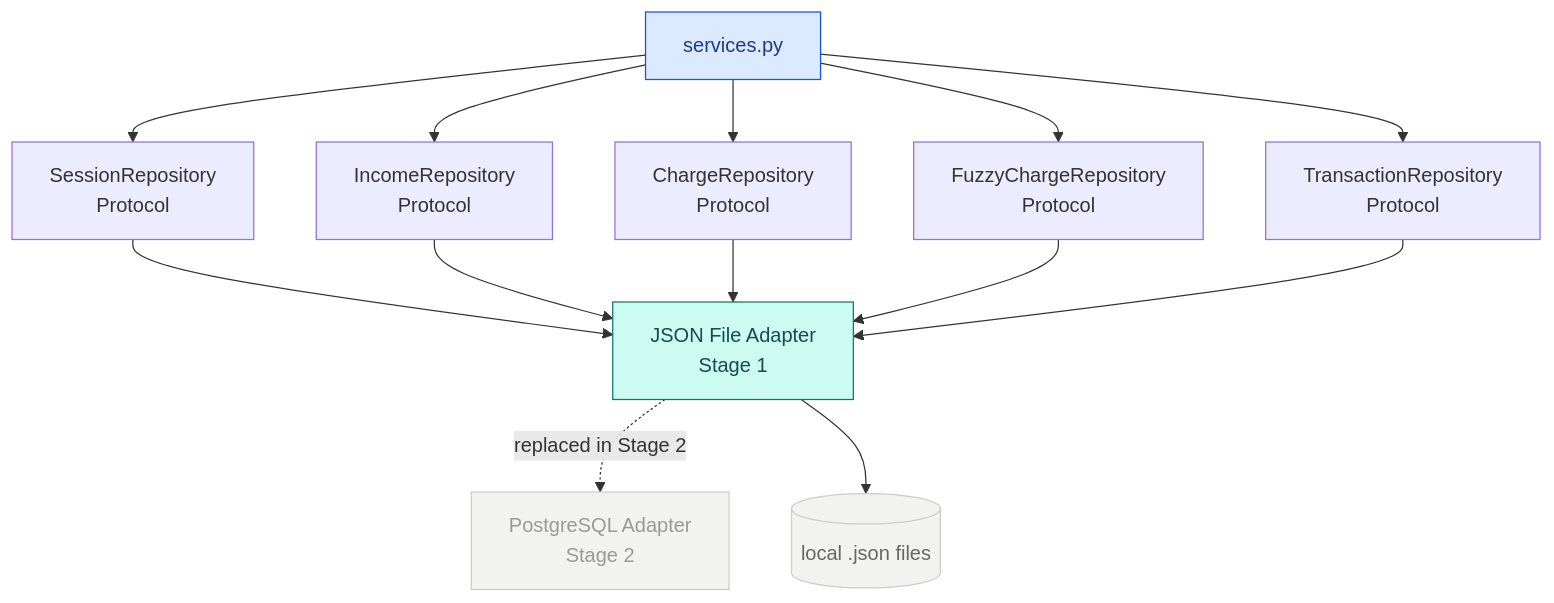
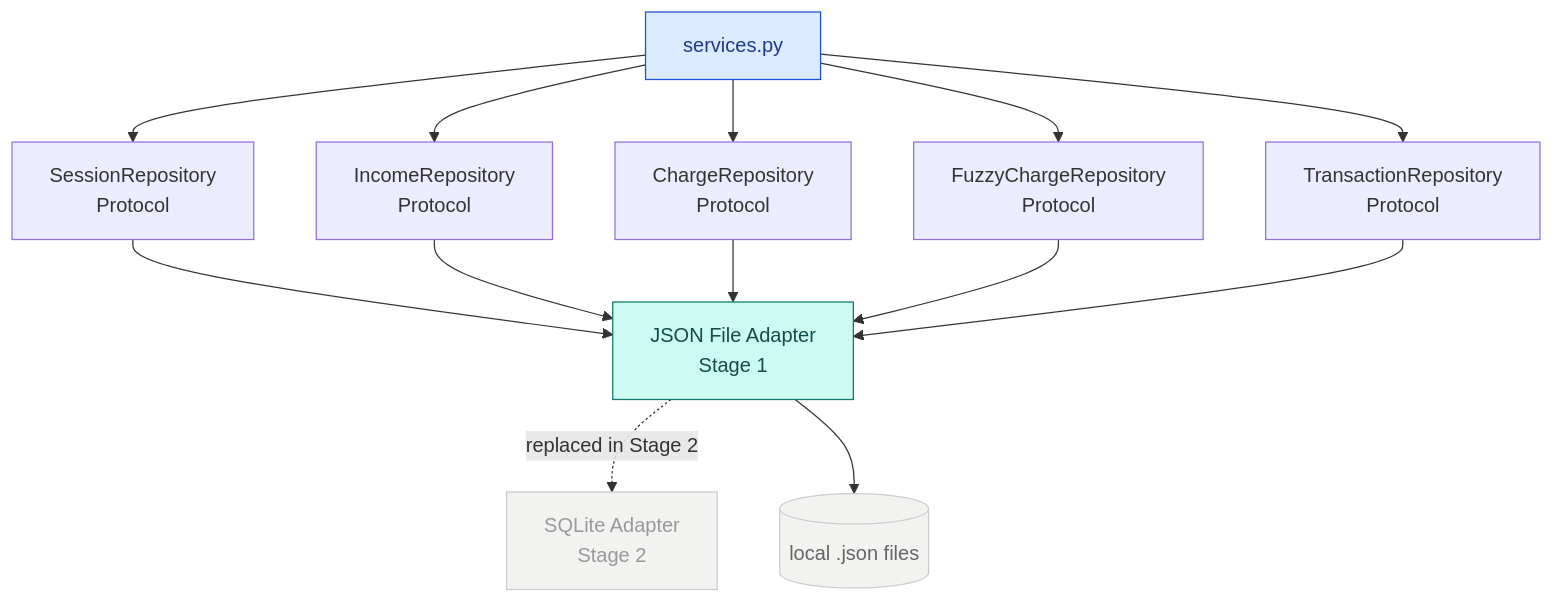
Diagram 11 of 13 in Docs/Stage 1.md (MoaminShikha/student-expense-tracker), drawn with Mermaid before and after one commit. The commit also changed other lines of this file and 3 other files, not shown here.

````diff
--- a/Docs/Stage 1.md
+++ b/Docs/Stage 1.md
@@ -469,19 +467,19 @@
 ```mermaid
 graph TD
     SVC[services.py]
 
     SVC --> SR[SessionRepository\nProtocol]
     SVC --> IR[IncomeRepository\nProtocol]
     SVC --> CR[ChargeRepository\nProtocol]
     SVC --> FR[FuzzyChargeRepository\nProtocol]
     SVC --> TR[TransactionRepository\nProtocol]
 
     SR & IR & CR & FR & TR --> A1[JSON File Adapter\nStage 1]
-    A1 -.->|replaced in Stage 2| A2[PostgreSQL Adapter\nStage 2]
+    A1 -.->|replaced in Stage 2| A2[SQLite Adapter\nStage 2]
     A1 --> FS[(local .json files)]
 
     style SVC fill:#dbeafe,stroke:#1d4ed8,color:#1e3a8a
     style A1 fill:#ccfbf1,stroke:#0f766e,color:#134e4a
     style A2 fill:#f2f2f0,stroke:#ccc,color:#999
     style FS fill:#f2f2f0,stroke:#ccc,color:#666
 ```
````
